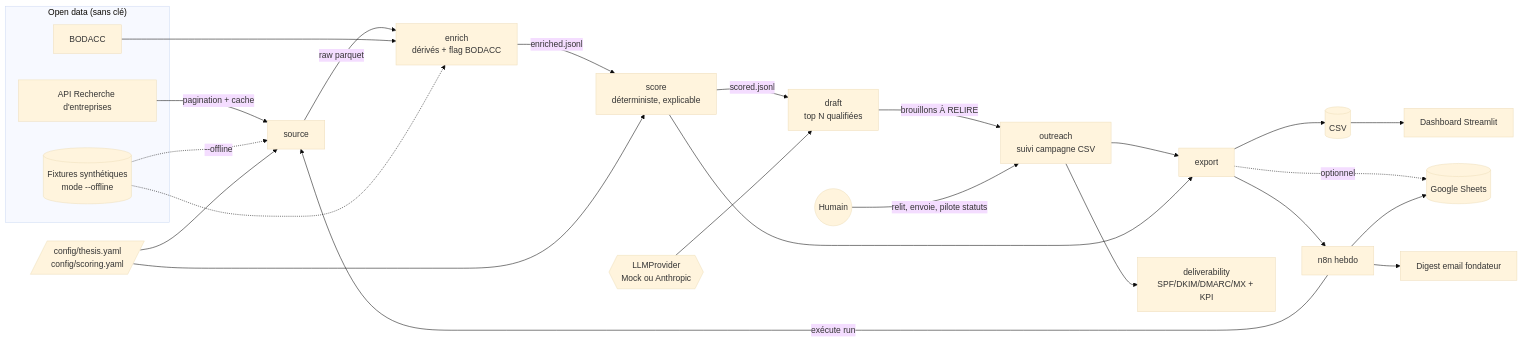
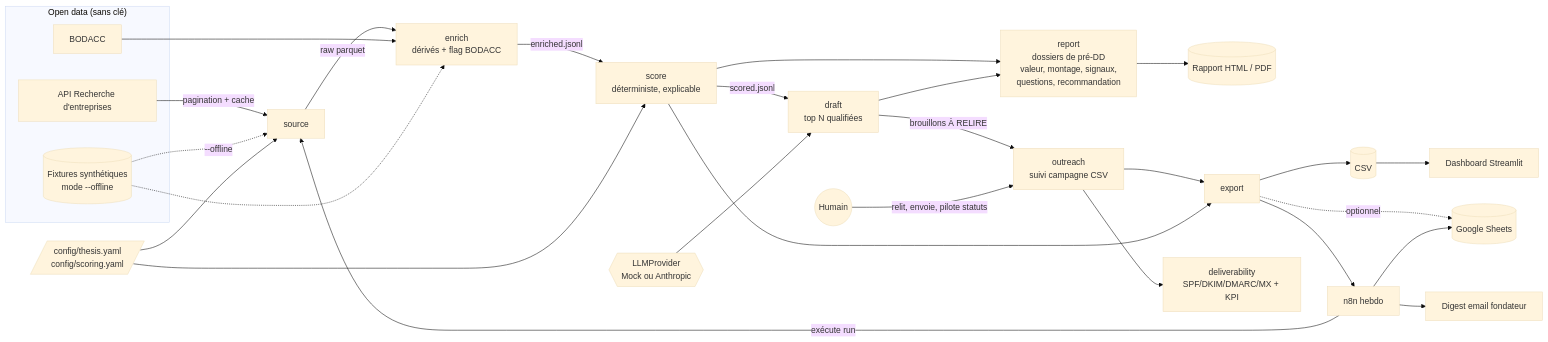
Before and after one commit to Mateo-MoralesLeGuillou/pme-radar: the diagram in docs/architecture.md, drawn with Mermaid (base theme). The commit also changed other lines of this file and 11 other files, not shown here.

First line of the commit message:
docs: vidéo v2 (91 s), ADR 018 à 021, rapport de deal flow dans la documentation

````diff
--- a/docs/architecture.md
+++ b/docs/architecture.md
@@ -3,31 +3,34 @@
 ```mermaid
 flowchart LR
     subgraph Sources["Open data (sans clé)"]
         RE[API Recherche d'entreprises]
         BO[BODACC]
         FX[(Fixtures synthétiques<br/>mode --offline)]
     end
     CFG[/config/thesis.yaml<br/>config/scoring.yaml/]
     RE -->|pagination + cache| S[source]
     FX -.->|--offline| S
     CFG --> S
     S -->|raw parquet| E[enrich<br/>dérivés + flag BODACC]
     BO --> E
     FX -.-> E
     E -->|enriched.jsonl| SC[score<br/>déterministe, explicable]
     CFG --> SC
     SC -->|scored.jsonl| D[draft<br/>top N qualifiées]
     LLM{{LLMProvider<br/>Mock ou Anthropic}} --> D
     D -->|brouillons À RELIRE| O[outreach<br/>suivi campagne CSV]
+    SC --> RP[report<br/>dossiers de pré-DD<br/>valeur, montage, signaux,<br/>questions, recommandation]
+    D --> RP
+    RP --> HTML[(Rapport HTML / PDF)]
     O --> X[export]
     SC --> X
     X --> CSV[(CSV)]
     X -.->|optionnel| GS[(Google Sheets)]
     CSV --> DB[Dashboard Streamlit]
     O --> DL[deliverability<br/>SPF/DKIM/DMARC/MX + KPI]
     N8N[n8n hebdo] -->|exécute run| S
     X --> N8N
     N8N --> GS
     N8N --> DG[Digest email fondateur]
     H((Humain)) -->|relit, envoie, pilote statuts| O
 ```
````
